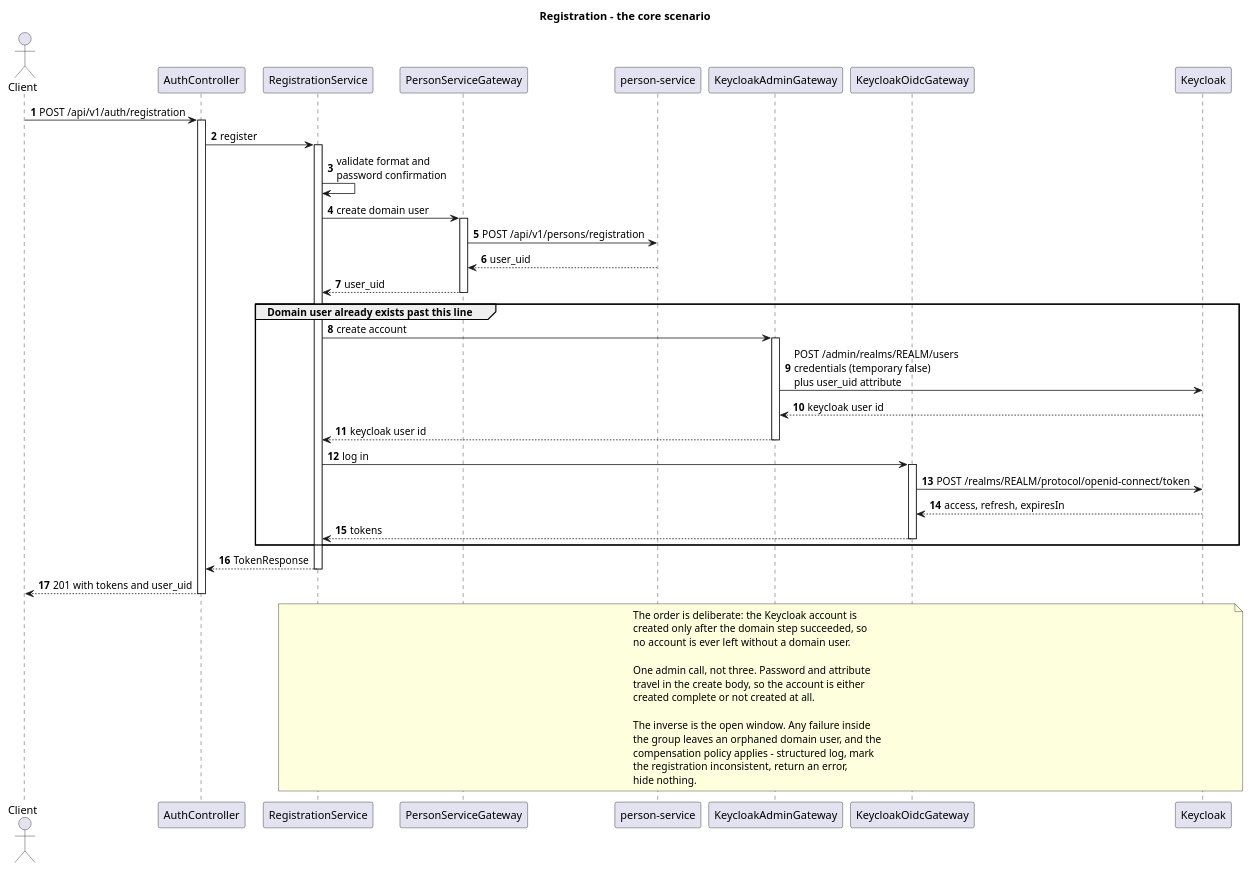
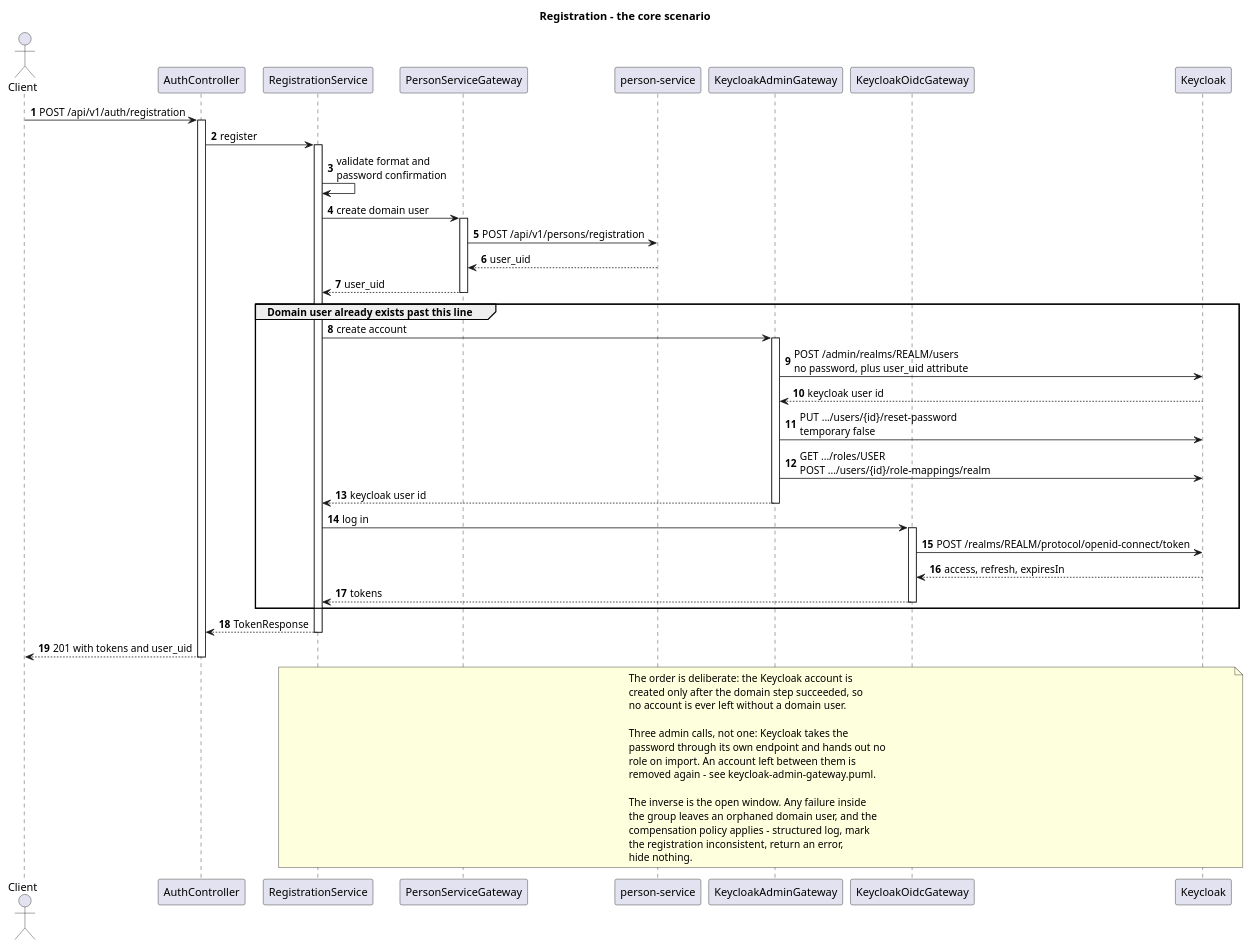
The diagram in docs/registration-sequence.puml (dezxxx/payment-platform), drawn with PlantUML before and after one commit. The commit also changed 16 other files, not shown here.

Commit message:
docs: mirror the diagrams in Russian and match them to the code

```diff
--- a/docs/registration-sequence.puml
+++ b/docs/registration-sequence.puml
@@ -1,67 +1,70 @@
 @startuml registration
 title Registration - the core scenario
 
 autonumber
 skinparam shadowing false
 
 actor Client
 participant "AuthController" as Ctl
 participant "RegistrationService" as Svc
 participant "PersonServiceGateway" as PGw
 participant "person-service" as Per
 participant "KeycloakAdminGateway" as AGw
 participant "KeycloakOidcGateway" as OGw
 participant "Keycloak" as Kc
 
 Client -> Ctl : POST /api/v1/auth/registration
 activate Ctl
 Ctl -> Svc : register
 activate Svc
 
 Svc -> Svc : validate format and\npassword confirmation
 
 Svc -> PGw : create domain user
 activate PGw
 PGw -> Per : POST /api/v1/persons/registration
 Per --> PGw : user_uid
 PGw --> Svc : user_uid
 deactivate PGw
 
 group Domain user already exists past this line
   Svc -> AGw : create account
   activate AGw
-  AGw -> Kc : POST /admin/realms/REALM/users\ncredentials (temporary false)\nplus user_uid attribute
+  AGw -> Kc : POST /admin/realms/REALM/users\nno password, plus user_uid attribute
   Kc --> AGw : keycloak user id
+  AGw -> Kc : PUT .../users/{id}/reset-password\ntemporary false
+  AGw -> Kc : GET .../roles/USER\nPOST .../users/{id}/role-mappings/realm
   AGw --> Svc : keycloak user id
   deactivate AGw
 
   Svc -> OGw : log in
   activate OGw
   OGw -> Kc : POST /realms/REALM/protocol/openid-connect/token
   Kc --> OGw : access, refresh, expiresIn
   OGw --> Svc : tokens
   deactivate OGw
 end
 
 Svc --> Ctl : TokenResponse
 deactivate Svc
 Ctl --> Client : 201 with tokens and user_uid
 deactivate Ctl
 
 note over Svc, Kc
   The order is deliberate: the Keycloak account is
   created only after the domain step succeeded, so
   no account is ever left without a domain user.
 
-  One admin call, not three. Password and attribute
-  travel in the create body, so the account is either
-  created complete or not created at all.
+  Three admin calls, not one: Keycloak takes the
+  password through its own endpoint and hands out no
+  role on import. An account left between them is
+  removed again - see keycloak-admin-gateway.puml.
 
   The inverse is the open window. Any failure inside
   the group leaves an orphaned domain user, and the
   compensation policy applies - structured log, mark
   the registration inconsistent, return an error,
   hide nothing.
 end note
 
 @enduml
```
